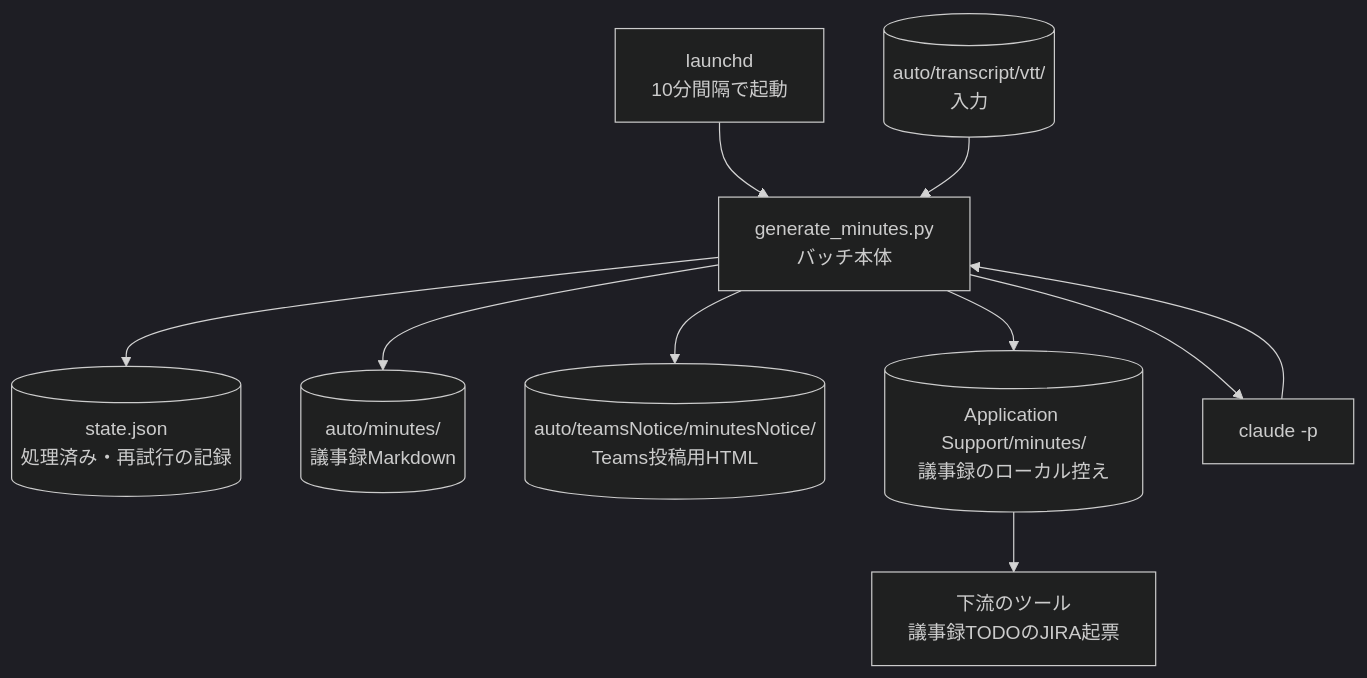
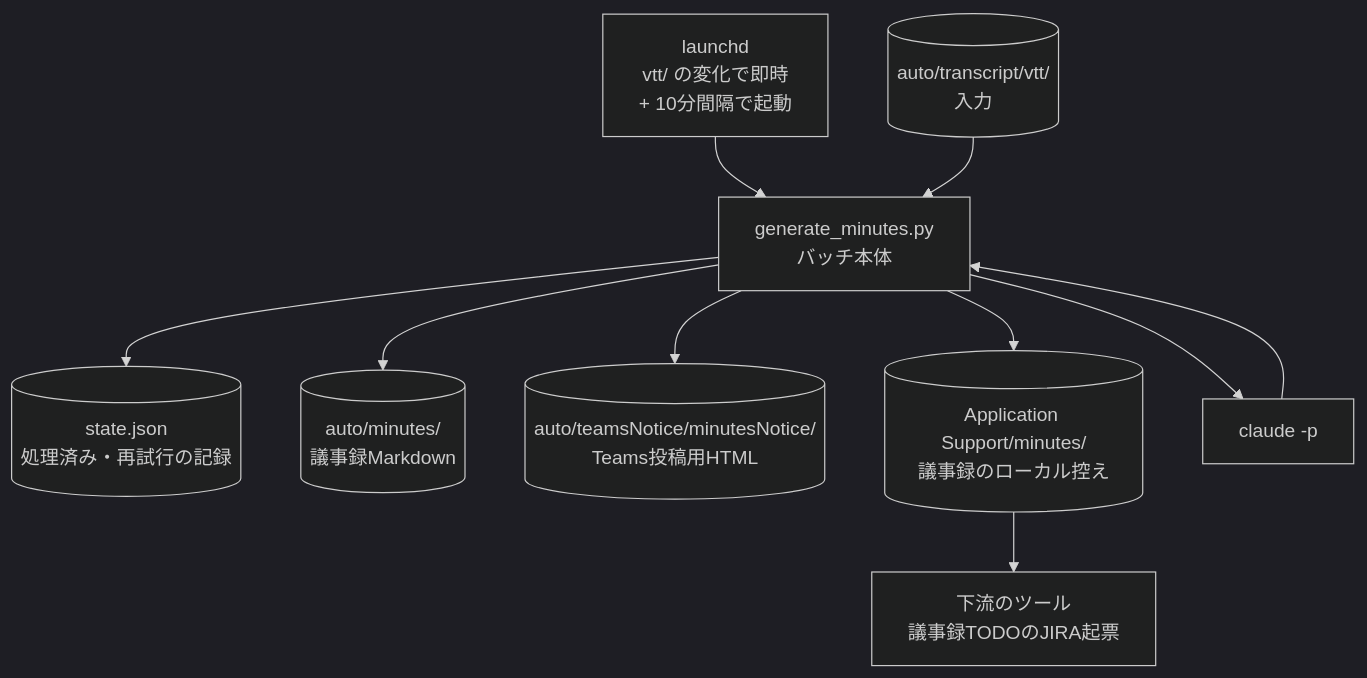
The second of 2 diagrams in apps/meeting-minutes-generator/specs/architecture.md (dnode-ryosuke-yamazaki/study), drawn with Mermaid (dark theme) before and after one commit. The commit also changed other lines of this file and 10 other files, not shown here.

````diff
--- a/apps/meeting-minutes-generator/specs/architecture.md
+++ b/apps/meeting-minutes-generator/specs/architecture.md
@@ -41,21 +41,21 @@
 ```mermaid
 flowchart TB
-    launchd["launchd<br>10分間隔で起動"]
+    launchd["launchd<br>vtt/ の変化で即時<br>+ 10分間隔で起動"]
     batch["generate_minutes.py<br>バッチ本体"]
     state[("state.json<br>処理済み・再試行の記録")]
     vtt[("auto/transcript/vtt/<br>入力")]
     minutes[("auto/minutes/<br>議事録Markdown")]
     notice[("auto/teamsNotice/minutesNotice/<br>Teams投稿用HTML")]
     mirror[("Application Support/minutes/<br>議事録のローカル控え")]
     claude["claude -p"]
 
     launchd --> batch
     batch --> state
     vtt --> batch
     batch --> claude
     claude --> batch
     batch --> minutes
     batch --> mirror
     batch --> notice
     mirror --> tool["下流のツール<br>議事録TODOのJIRA起票"]
 ```
````
